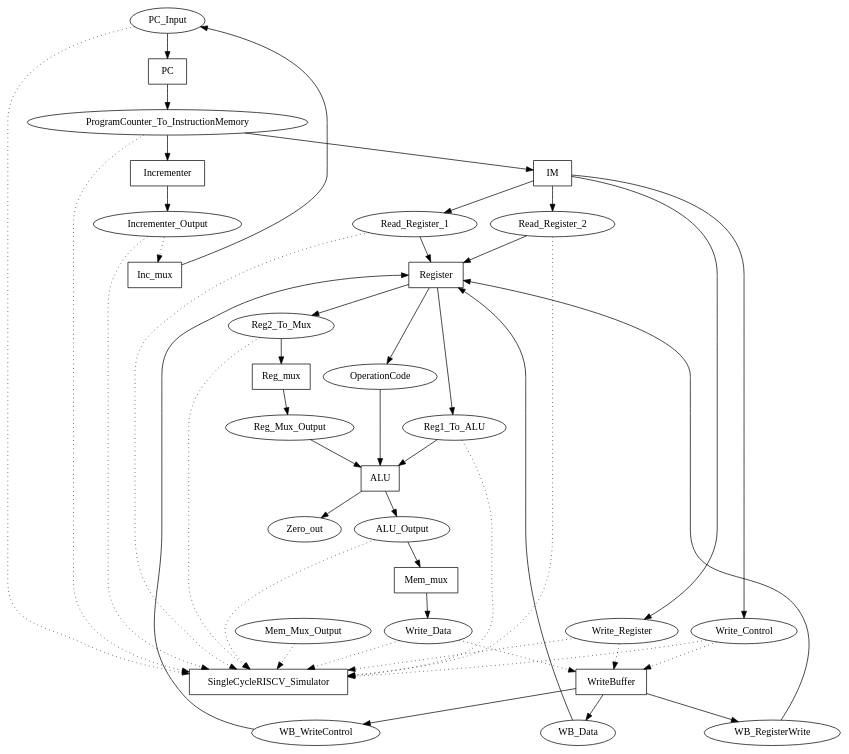
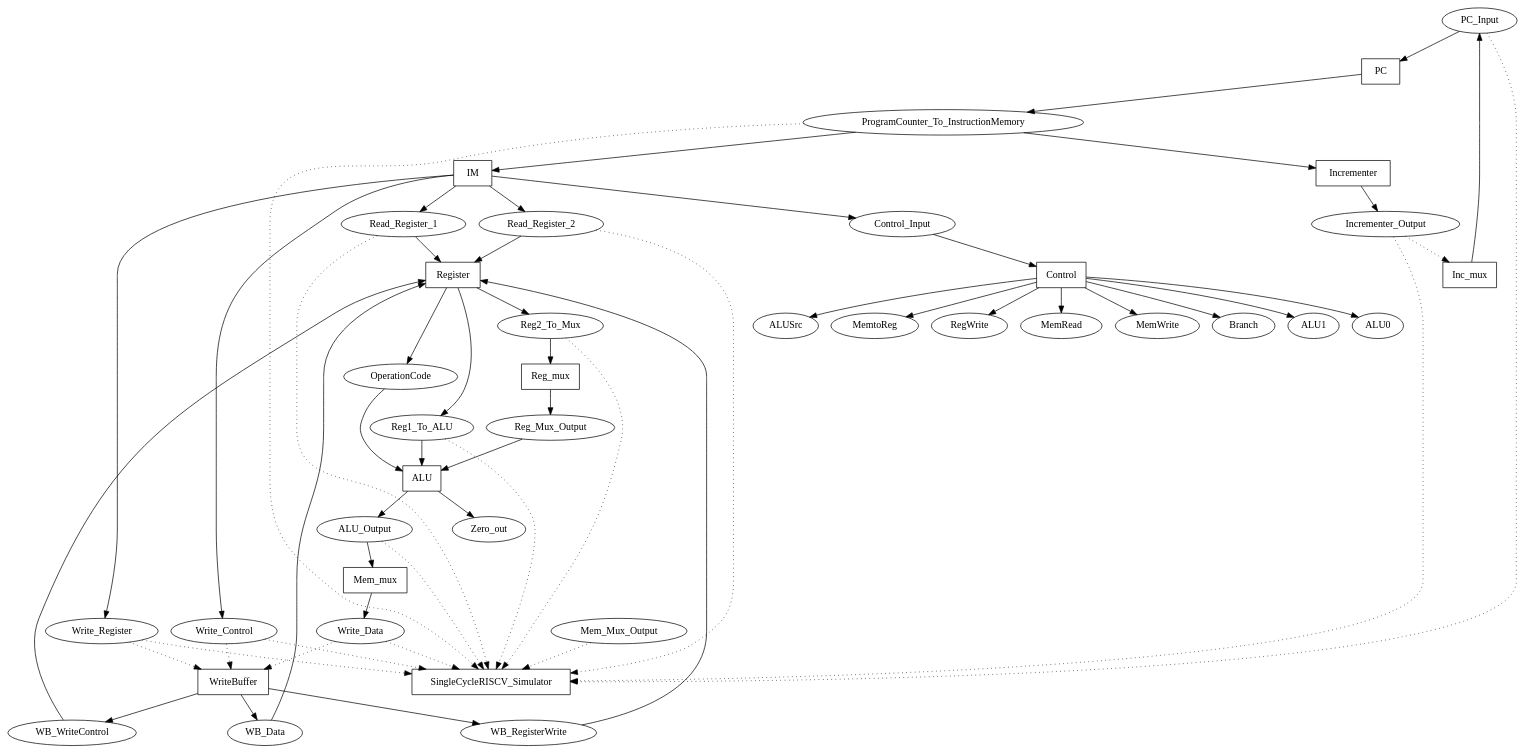
Before and after one commit to DanielRamyar/Master_Thesis: the diagram in SME_Implementations/SingleCycleRISCV/output/network.dot, drawn with Graphviz. The commit also changed 31 other files, not shown here.

```diff
--- a/SME_Implementations/SingleCycleRISCV/output/network.dot
+++ b/SME_Implementations/SingleCycleRISCV/output/network.dot
@@ -1,76 +1,96 @@
 digraph SingleCycleRISCV {
 "PC_Input" [shape=oval];
 "ProgramCounter_To_InstructionMemory" [shape=oval];
+"Control_Input" [shape=oval];
 "Read_Register_1" [shape=oval];
 "Read_Register_2" [shape=oval];
 "WB_Data" [shape=oval];
 "WB_RegisterWrite" [shape=oval];
 "WB_WriteControl" [shape=oval];
 "OperationCode" [shape=oval];
 "Reg1_To_ALU" [shape=oval];
 "Reg_Mux_Output" [shape=oval];
 "Reg2_To_Mux" [shape=oval];
 "ALU_Output" [shape=oval];
 "Incrementer_Output" [shape=oval];
 "Write_Register" [shape=oval];
 "Write_Control" [shape=oval];
+"ALUSrc" [shape=oval];
+"MemtoReg" [shape=oval];
+"RegWrite" [shape=oval];
+"MemRead" [shape=oval];
+"MemWrite" [shape=oval];
+"Branch" [shape=oval];
+"ALU1" [shape=oval];
+"ALU0" [shape=oval];
 "Zero_out" [shape=oval];
 "Write_Data" [shape=oval];
 "Mem_Mux_Output" [shape=oval];
 "PC" [shape=box];
 "Incrementer" [shape=box];
 "IM" [shape=box];
+"Control" [shape=box];
 "Register" [shape=box];
 "ALU" [shape=box];
 "Reg_mux" [shape=box];
 "Mem_mux" [shape=box];
 "Inc_mux" [shape=box];
 "WriteBuffer" [shape=box];
 "SingleCycleRISCV_Simulator" [shape=box];
 "PC_Input" -> "PC";
 "ProgramCounter_To_InstructionMemory" -> "Incrementer";
 "ProgramCounter_To_InstructionMemory" -> "IM";
+"Control_Input" -> "Control";
 "Read_Register_1" -> "Register";
 "Read_Register_2" -> "Register";
 "WB_Data" -> "Register";
 "WB_RegisterWrite" -> "Register";
 "WB_WriteControl" -> "Register";
 "OperationCode" -> "ALU";
 "Reg1_To_ALU" -> "ALU";
 "Reg_Mux_Output" -> "ALU";
 "Reg2_To_Mux" -> "Reg_mux";
 "ALU_Output" -> "Mem_mux";
 "PC" -> "ProgramCounter_To_InstructionMemory";
 "Incrementer" -> "Incrementer_Output";
 "Inc_mux" -> "PC_Input";
 "IM" -> "Read_Register_1";
 "IM" -> "Read_Register_2";
 "IM" -> "Write_Register";
 "IM" -> "Write_Control";
+"IM" -> "Control_Input";
+"Control" -> "ALUSrc";
+"Control" -> "MemtoReg";
+"Control" -> "RegWrite";
+"Control" -> "MemRead";
+"Control" -> "MemWrite";
+"Control" -> "Branch";
+"Control" -> "ALU1";
+"Control" -> "ALU0";
 "Register" -> "Reg1_To_ALU";
 "Register" -> "Reg2_To_Mux";
 "Register" -> "OperationCode";
 "ALU" -> "ALU_Output";
 "ALU" -> "Zero_out";
 "Reg_mux" -> "Reg_Mux_Output";
 "Mem_mux" -> "Write_Data";
 "WriteBuffer" -> "WB_Data";
 "WriteBuffer" -> "WB_RegisterWrite";
 "WriteBuffer" -> "WB_WriteControl";
 "ProgramCounter_To_InstructionMemory" -> "SingleCycleRISCV_Simulator" [style=dotted];
 "PC_Input" -> "SingleCycleRISCV_Simulator" [style=dotted];
 "Incrementer_Output" -> "SingleCycleRISCV_Simulator" [style=dotted];
 "Incrementer_Output" -> "Inc_mux" [style=dotted];
 "Read_Register_1" -> "SingleCycleRISCV_Simulator" [style=dotted];
 "Read_Register_2" -> "SingleCycleRISCV_Simulator" [style=dotted];
 "Write_Register" -> "SingleCycleRISCV_Simulator" [style=dotted];
 "Write_Register" -> "WriteBuffer" [style=dotted];
 "Write_Data" -> "SingleCycleRISCV_Simulator" [style=dotted];
 "Write_Data" -> "WriteBuffer" [style=dotted];
 "Write_Control" -> "SingleCycleRISCV_Simulator" [style=dotted];
 "Write_Control" -> "WriteBuffer" [style=dotted];
 "Reg1_To_ALU" -> "SingleCycleRISCV_Simulator" [style=dotted];
 "Reg2_To_Mux" -> "SingleCycleRISCV_Simulator" [style=dotted];
 "ALU_Output" -> "SingleCycleRISCV_Simulator" [style=dotted];
 "Mem_Mux_Output" -> "SingleCycleRISCV_Simulator" [style=dotted];
 }
```
